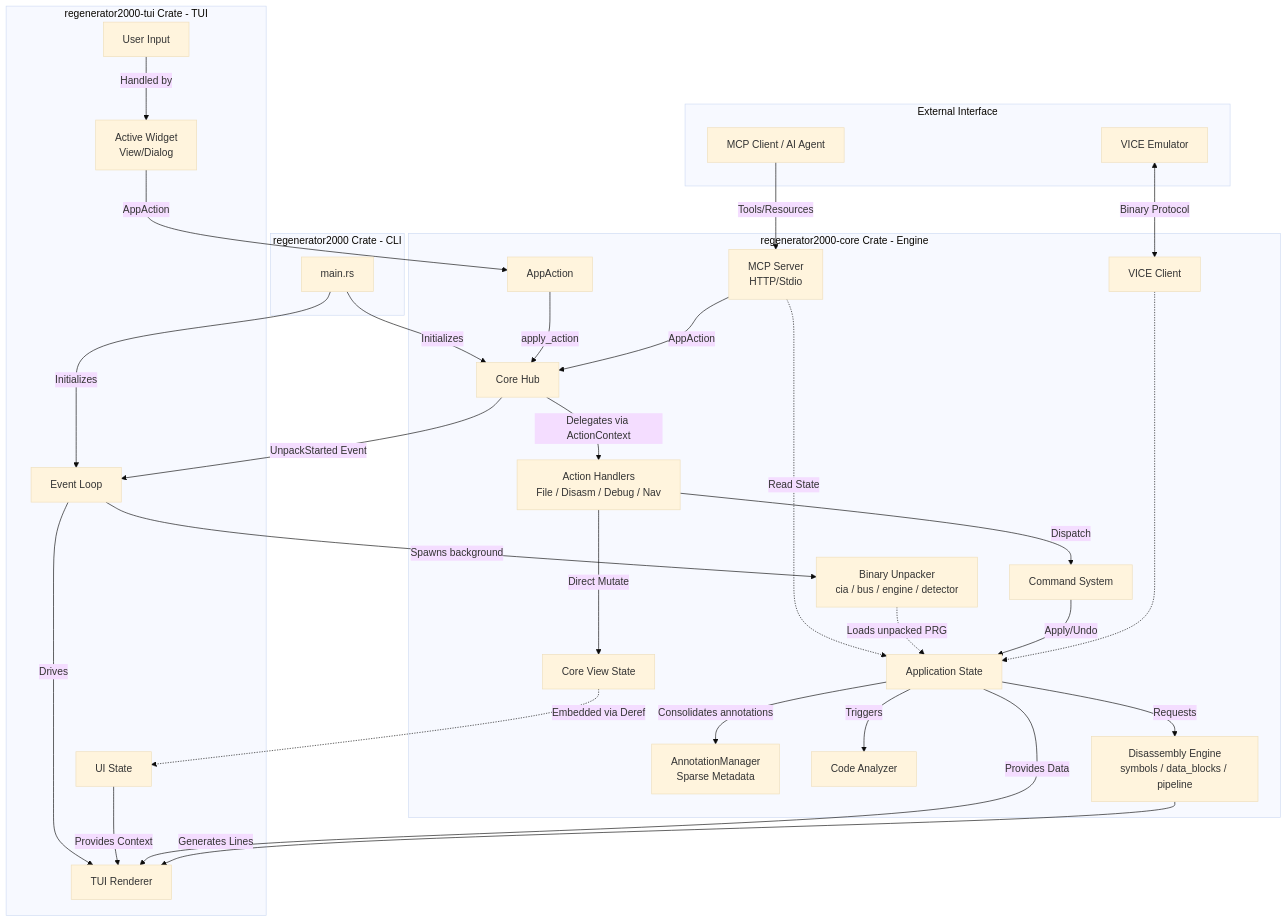
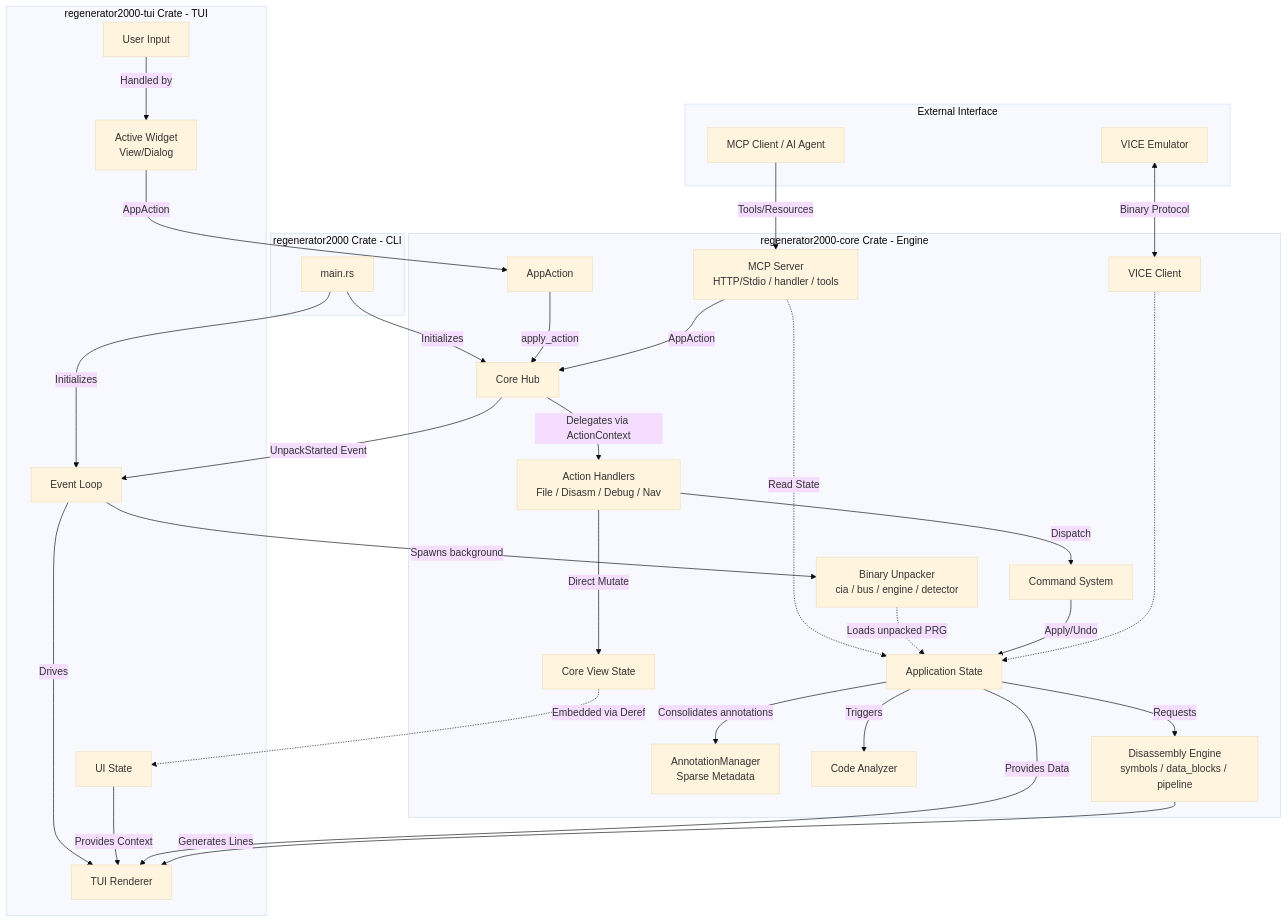
The diagram in docs/architecture.md (ricardoquesada/regenerator2000), drawn with Mermaid (base theme) before and after one commit. The commit also changed other lines of this file and 32 other files, not shown here.

Commit message:
Re-categorize MCP tools into modular submodules and update docs

````diff
--- a/docs/architecture.md
+++ b/docs/architecture.md
@@ -9,66 +9,66 @@
 ```mermaid
 flowchart TD
     subgraph bin [regenerator2000 Crate - CLI]
         Main[main.rs]
     end
 
     subgraph tui_crate [regenerator2000-tui Crate - TUI]
         Input[User Input]
         EventLoop[Event Loop]
         Widget[Active Widget<br/>View/Dialog]
         Renderer[TUI Renderer]
         UIState[UI State]
     end
 
     subgraph core_crate [regenerator2000-core Crate - Engine]
         Core[Core Hub]
         ActionHandlers[Action Handlers<br/>File / Disasm / Debug / Nav]
         Action[AppAction]
         CommandSys[Command System]
         AppState[Application State]
         AnnotationMap[AnnotationManager<br/>Sparse Metadata]
         CoreViewState[Core View State]
         Analyzer[Code Analyzer]
         DisasmEngine[Disassembly Engine<br/>symbols / data_blocks / pipeline]
         ViceClient[VICE Client]
-        MCPServer[MCP Server<br/>HTTP/Stdio]
+        MCPServer[MCP Server<br/>HTTP/Stdio / handler / tools]
         Unpacker[Binary Unpacker<br/>cia / bus / engine / detector]
     end
 
     subgraph External [External Interface]
         MCPClient[MCP Client / AI Agent]
         VICE[VICE Emulator]
     end
 
     Main -->|Initializes| Core
     Main -->|Initializes| EventLoop
     Input -->|Handled by| Widget
     EventLoop -->|Drives| Renderer
     Widget -->|AppAction| Action
     Action -->|apply_action| Core
     Core -->|Delegates via ActionContext| ActionHandlers
 
     MCPClient -->|Tools/Resources| MCPServer
     MCPServer -->|AppAction| Core
     MCPServer -.->|Read State| AppState
 
     ActionHandlers -->|Dispatch| CommandSys
     ActionHandlers -->|Direct Mutate| CoreViewState
     Core -->|UnpackStarted Event| EventLoop
     EventLoop -->|Spawns background| Unpacker
     Unpacker -.->|Loads unpacked PRG| AppState
 
     CommandSys -->|Apply/Undo| AppState
     AppState -->|Consolidates annotations| AnnotationMap
 
     AppState -->|Requests| DisasmEngine
     AppState -->|Triggers| Analyzer
 
     CoreViewState -.->|Embedded via Deref| UIState
     UIState -->|Provides Context| Renderer
     AppState -->|Provides Data| Renderer
     DisasmEngine -->|Generates Lines| Renderer
 
     VICE <-->|Binary Protocol| ViceClient
     ViceClient -.-> AppState
 ```
````
